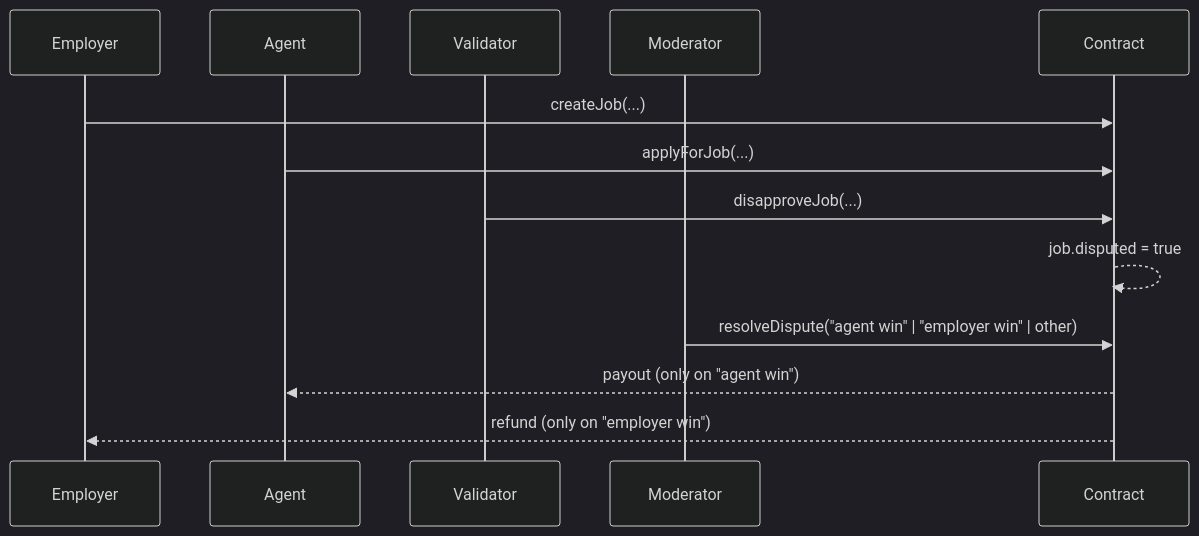
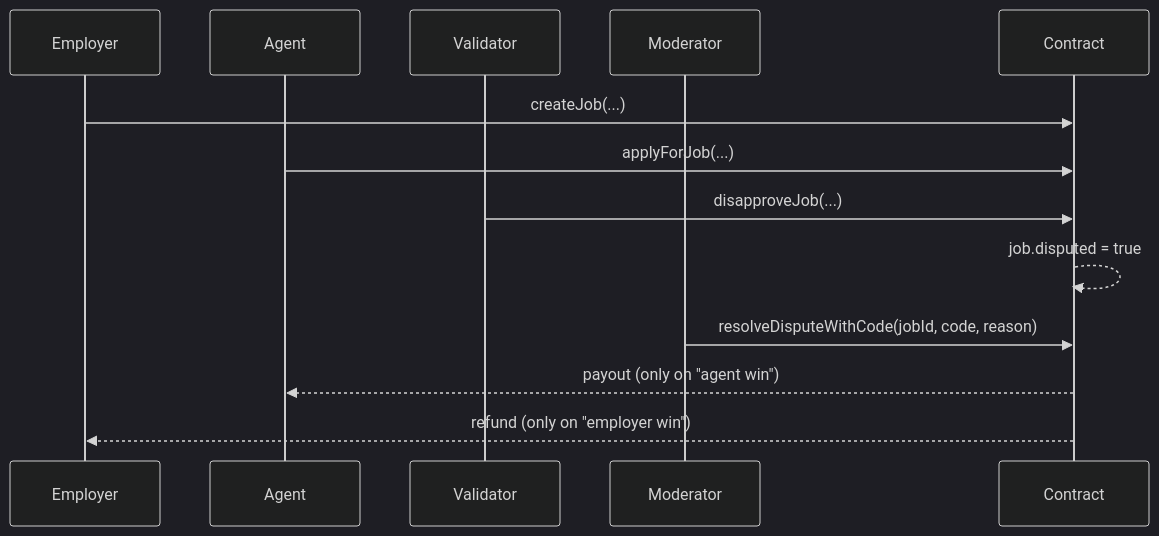
The third of 3 diagrams in docs/namespace/AGI_ETH_NAMESPACE_ALPHA.md (MontrealAI/AGIJobManager), drawn with Mermaid (dark theme) before and after one commit. The commit also changed other lines of this file and 35 other files, not shown here.

````diff
--- a/docs/namespace/AGI_ETH_NAMESPACE_ALPHA.md
+++ b/docs/namespace/AGI_ETH_NAMESPACE_ALPHA.md
@@ -223,16 +223,16 @@
 ```mermaid
 sequenceDiagram
   participant Employer
   participant Agent
   participant Validator
   participant Moderator
   participant Contract
 
   Employer->>Contract: createJob(...)
   Agent->>Contract: applyForJob(...)
   Validator->>Contract: disapproveJob(...)
   Contract-->>Contract: job.disputed = true
-  Moderator->>Contract: resolveDispute("agent win" | "employer win" | other)
+  Moderator->>Contract: resolveDisputeWithCode(jobId, code, reason)
   Contract-->>Agent: payout (only on "agent win")
   Contract-->>Employer: refund (only on "employer win")
 ```
````
